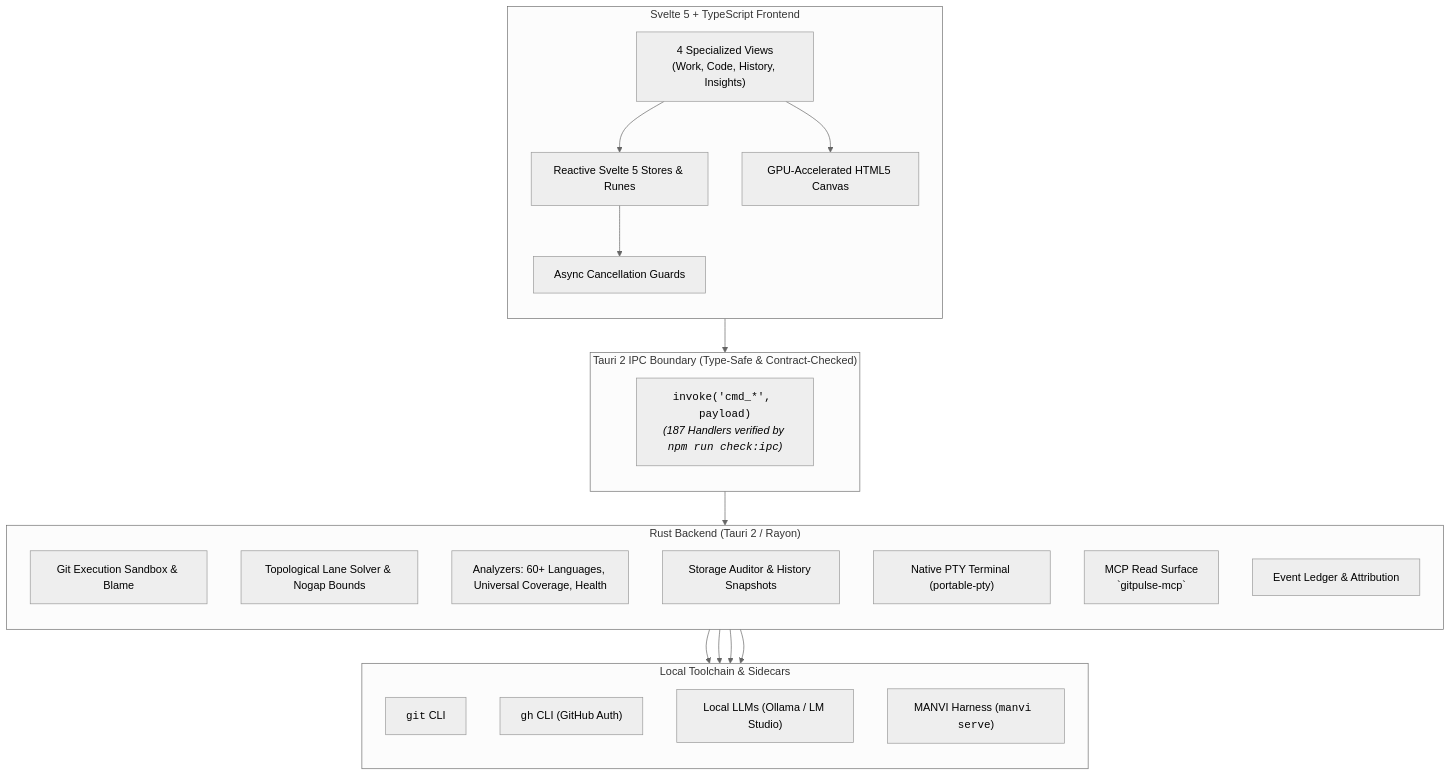
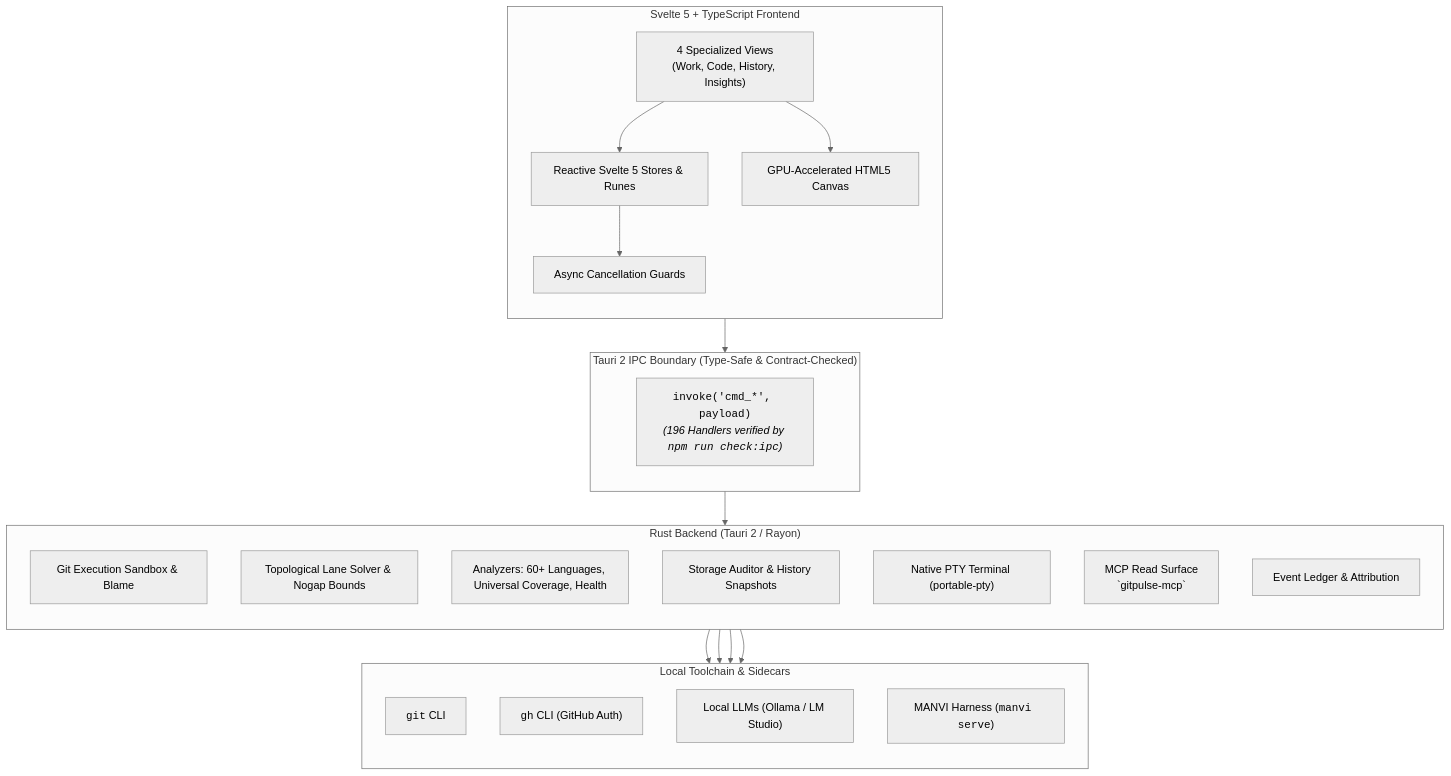
One commit to bharathvbcr/GitPulse changed the first of 4 diagrams in README.md. Above: the diagram before and after it, drawn with Mermaid (neutral theme). The commit also changed other lines of this file and 43 other files, not shown here.

````diff
--- a/README.md
+++ b/README.md
@@ -43,45 +43,45 @@
 ```mermaid
 flowchart TB
     subgraph Frontend["Svelte 5 + TypeScript Frontend"]
         direction TB
         Views["4 Specialized Views<br/>(Work, Code, History, Insights)"]
         Stores["Reactive Svelte 5 Stores & Runes"]
         CanvasEngine["GPU-Accelerated HTML5 Canvas"]
         AsyncGuards["Async Cancellation Guards"]
         
         Views --> Stores
         Views --> CanvasEngine
         Stores --> AsyncGuards
     end
 
     subgraph IPC["Tauri 2 IPC Boundary (Type-Safe & Contract-Checked)"]
         direction TB
-        IPCBridge["<code>invoke('cmd_*', payload)</code><br/><i>(187 Handlers verified by <code>npm run check:ipc</code>)</i>"]
+        IPCBridge["<code>invoke('cmd_*', payload)</code><br/><i>(196 Handlers verified by <code>npm run check:ipc</code>)</i>"]
     end
 
     subgraph Backend["Rust Backend (Tauri 2 / Rayon)"]
         direction TB
         GitSandbox["Git Execution Sandbox & Blame"]
         GraphSolver["Topological Lane Solver & Nogap Bounds"]
         Analyzers["Analyzers: 60+ Languages, Universal Coverage, Health"]
         StorageEngine["Storage Auditor & History Snapshots"]
         TerminalPTY["Native PTY Terminal (portable-pty)"]
         MCPServer["MCP Read Surface<br/>`gitpulse-mcp`"]
         Ledger["Event Ledger & Attribution"]
     end
 
     subgraph LocalTools["Local Toolchain & Sidecars"]
         direction TB
         GitCLI["<code>git</code> CLI"]
         GhCLI["<code>gh</code> CLI (GitHub Auth)"]
         LocalAI["Local LLMs (Ollama / LM Studio)"]
         ManviSidecar["MANVI Harness (<code>manvi serve</code>)"]
     end
 
     AsyncGuards --> IPCBridge
     IPCBridge --> Backend
     GitSandbox --> GitCLI
     Analyzers --> GhCLI
     Analyzers --> LocalAI
     Backend --> ManviSidecar
 ```
````
